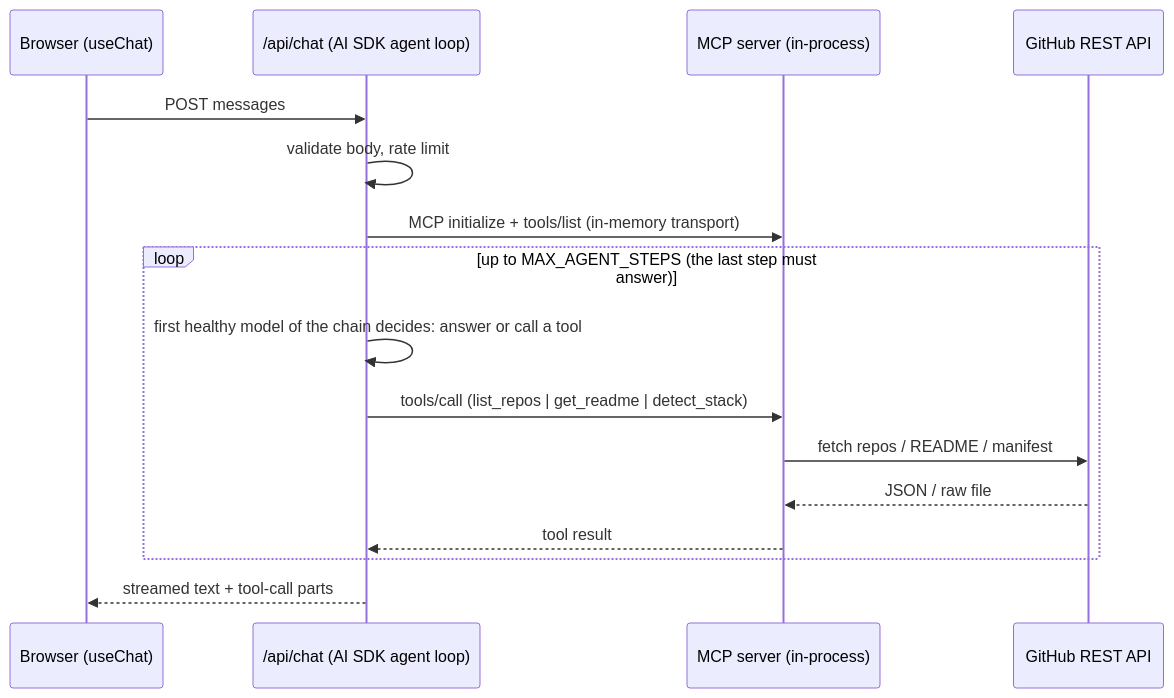
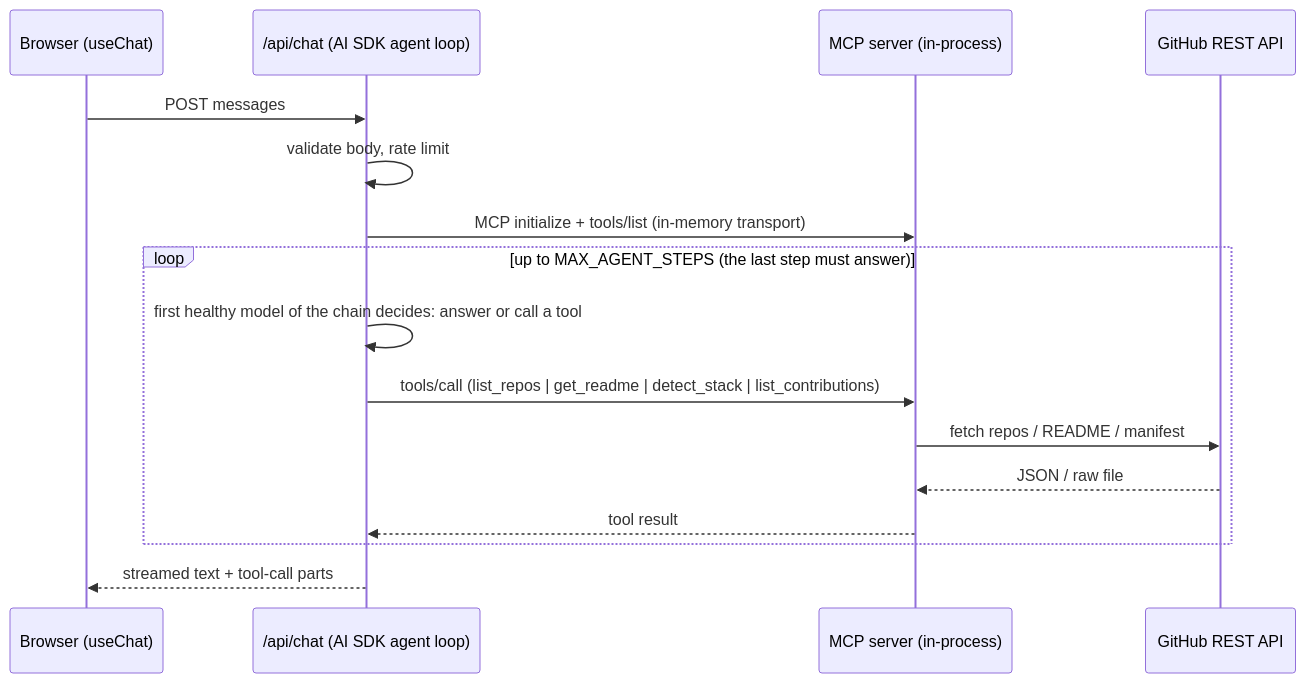
Before and after one commit to atarico/portfolio-agent: the diagram in README.md, drawn with Mermaid. The commit also changed other lines of this file and 4 other files, not shown here.

````diff
--- a/README.md
+++ b/README.md
@@ -9,19 +16,19 @@
 ```mermaid
 sequenceDiagram
     participant B as Browser (useChat)
     participant C as /api/chat (AI SDK agent loop)
     participant M as MCP server (in-process)
     participant G as GitHub REST API
 
     B->>C: POST messages
     C->>C: validate body, rate limit
     C->>M: MCP initialize + tools/list (in-memory transport)
     loop up to MAX_AGENT_STEPS (the last step must answer)
         C->>C: first healthy model of the chain decides: answer or call a tool
-        C->>M: tools/call (list_repos | get_readme | detect_stack)
+        C->>M: tools/call (list_repos | get_readme | detect_stack | list_contributions)
         M->>G: fetch repos / README / manifest
         G-->>M: JSON / raw file
         M-->>C: tool result
     end
     C-->>B: streamed text + tool-call parts
 ```
````
